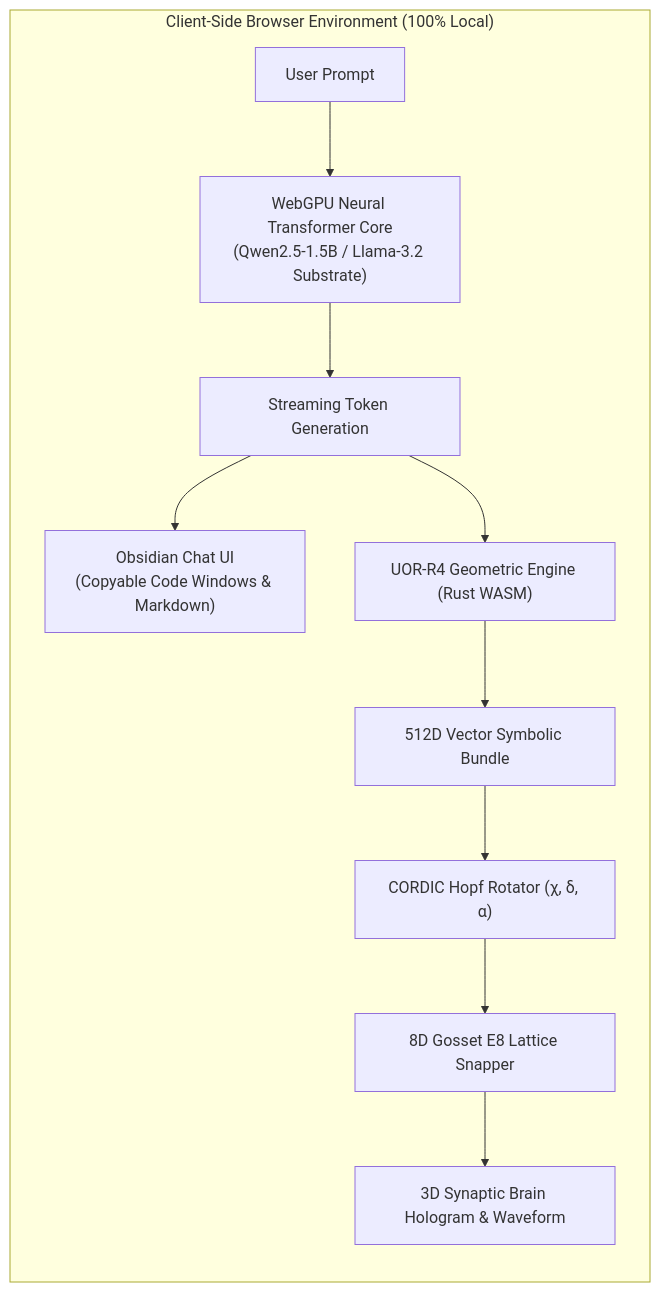
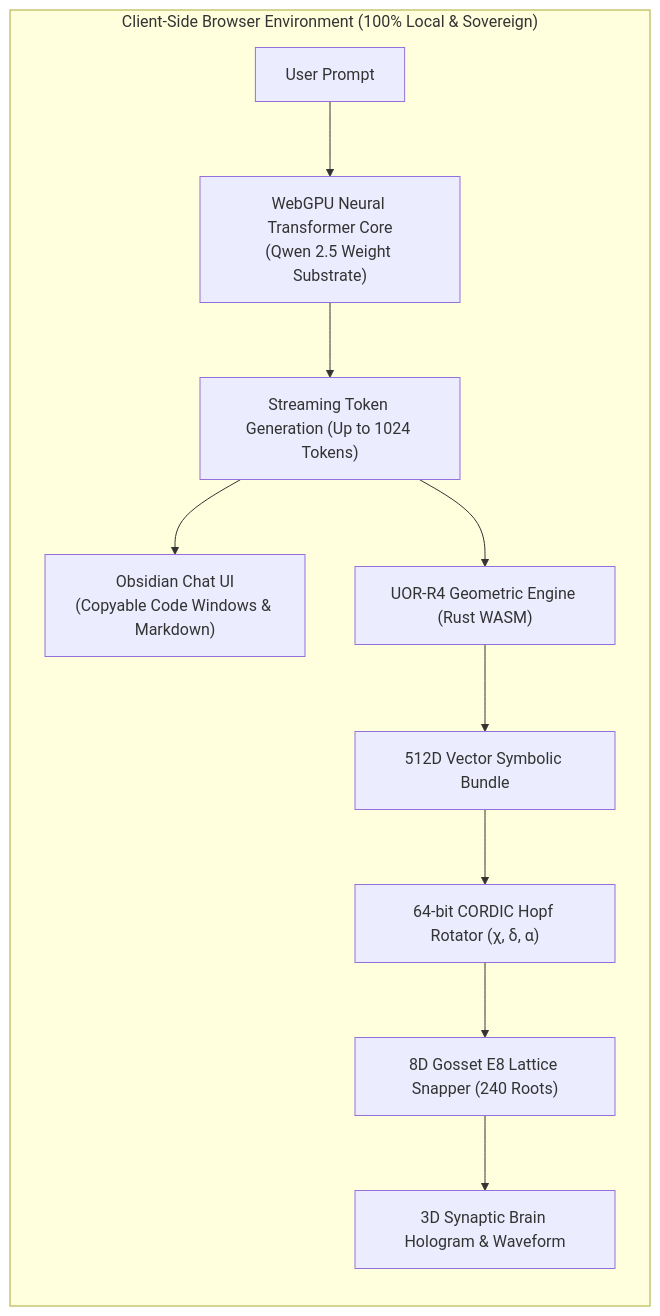
The diagram in README.md (Casey-allard/uor-r4-wasm-chat), drawn with Mermaid before and after one commit. The commit also changed other lines of this file and 3 other files, not shown here.

````diff
--- a/README.md
+++ b/README.md
@@ -36,14 +37,14 @@
 ```mermaid
 flowchart LR
-    subgraph Browser ["Client-Side Browser Environment (100% Local)"]
-        UserPrompt["User Prompt"] --> WebGPU["WebGPU Neural Transformer Core<br/>(Qwen2.5-1.5B / Llama-3.2 Substrate)"]
-        WebGPU --> TokenStream["Streaming Token Generation"]
+    subgraph Browser ["Client-Side Browser Environment (100% Local & Sovereign)"]
+        UserPrompt["User Prompt"] --> WebGPU["WebGPU Neural Transformer Core<br/>(Qwen 2.5 Weight Substrate)"]
+        WebGPU --> TokenStream["Streaming Token Generation (Up to 1024 Tokens)"]
         TokenStream --> Output["Obsidian Chat UI<br/>(Copyable Code Windows & Markdown)"]
         
         TokenStream --> WASM["UOR-R4 Geometric Engine (Rust WASM)"]
         WASM --> VSA["512D Vector Symbolic Bundle"]
-        VSA --> CORDIC["CORDIC Hopf Rotator (χ, δ, α)"]
-        CORDIC --> E8["8D Gosset E8 Lattice Snapper"]
+        VSA --> CORDIC["64-bit CORDIC Hopf Rotator (χ, δ, α)"]
+        CORDIC --> E8["8D Gosset E8 Lattice Snapper (240 Roots)"]
         E8 --> Brain["3D Synaptic Brain Hologram & Waveform"]
     end
 ```
````
